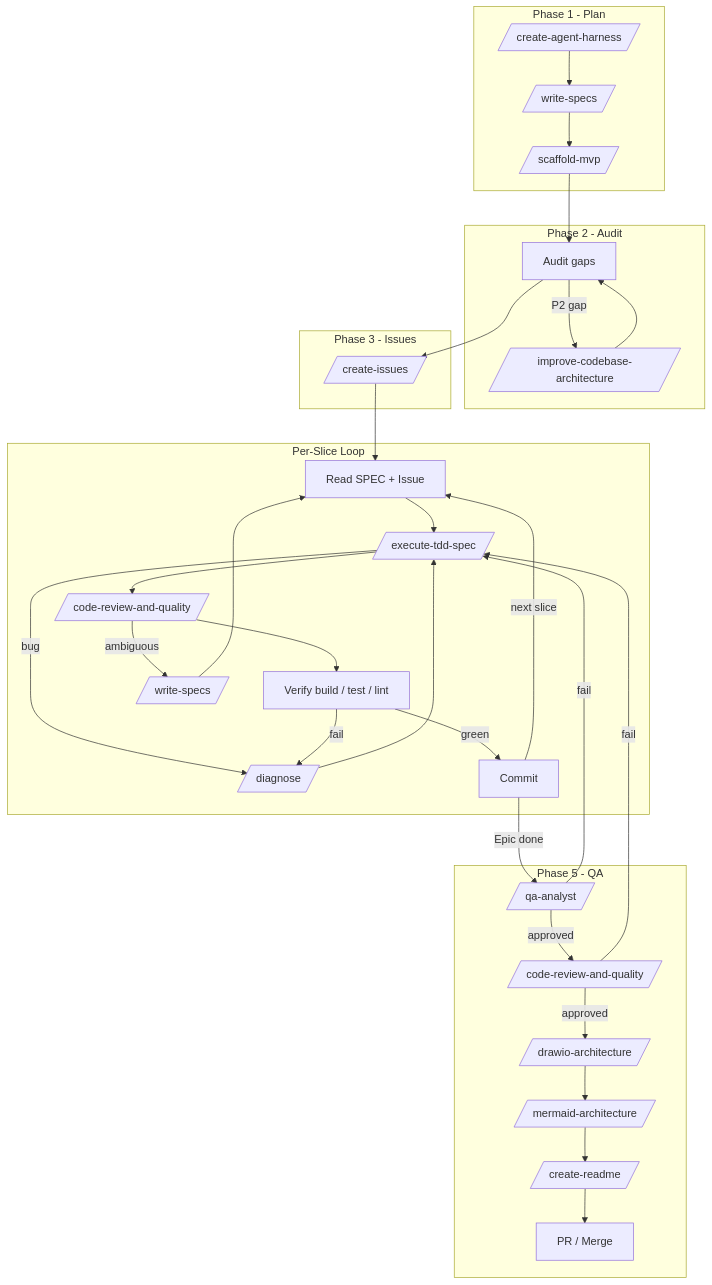
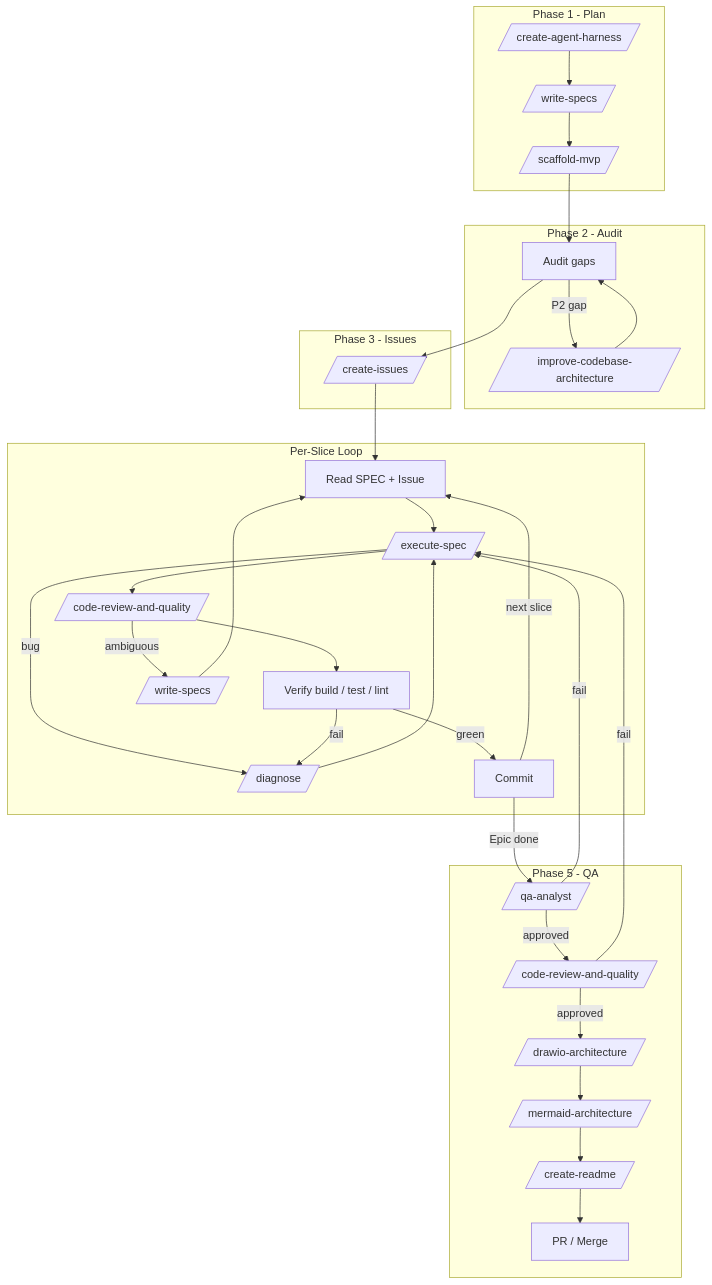
The diagram in skills/orchestrator/SKILL.md (afonsoft/skills), drawn with Mermaid before and after one commit. The commit also changed other lines of this file and 38 other files, not shown here.

First line of the commit message:
refactor(skills): rename execute-tdd-spec to execute-spec and bump minor versions

````diff
--- a/skills/orchestrator/SKILL.md
+++ b/skills/orchestrator/SKILL.md
@@ -210,62 +210,62 @@
 ```mermaid
 flowchart TB
     subgraph Phase1["Phase 1 - Plan"]
         P1_H[/create-agent-harness/]
         P1_S[/write-specs/]
         P1_M[/scaffold-mvp/]
     end
 
     subgraph Phase2["Phase 2 - Audit"]
         P2_A["Audit gaps"]
         P2_F[/improve-codebase-architecture/]
     end
 
     subgraph Phase3["Phase 3 - Issues"]
         P3_I[/create-issues/]
     end
 
     subgraph Slice["Per-Slice Loop"]
         S_R["Read SPEC + Issue"]
-        S_T[/execute-tdd-spec/]
+        S_T[/execute-spec/]
         S_C[/code-review-and-quality/]
         S_D[/diagnose/]
         S_V["Verify build / test / lint"]
         S_G[/write-specs/]
         S_CM["Commit"]
     end
 
     subgraph Gate["Phase 5 - QA"]
         G_Q[/qa-analyst/]
         G_R[/code-review-and-quality/]
         G_D[/drawio-architecture/]
         G_MA[/mermaid-architecture/]
         G_M[/create-readme/]
         G_P["PR / Merge"]
     end
 
     P1_H --> P1_S
     P1_S --> P1_M
     P1_M --> P2_A
     P2_A -->|P2 gap| P2_F
     P2_F --> P2_A
     P2_A --> P3_I
     P3_I --> S_R
     S_R --> S_T
     S_T --> S_C
     S_C --> S_V
     S_V -->|green| S_CM
     S_T -->|bug| S_D
     S_D --> S_T
     S_C -->|ambiguous| S_G
     S_G --> S_R
     S_V -->|fail| S_D
     S_CM -->|next slice| S_R
     S_CM -->|Epic done| G_Q
     G_Q -->|approved| G_R
     G_Q -->|fail| S_T
     G_R -->|approved| G_D
     G_D --> G_MA
     G_MA --> G_M
     G_R -->|fail| S_T
     G_M --> G_P
 ```
````
